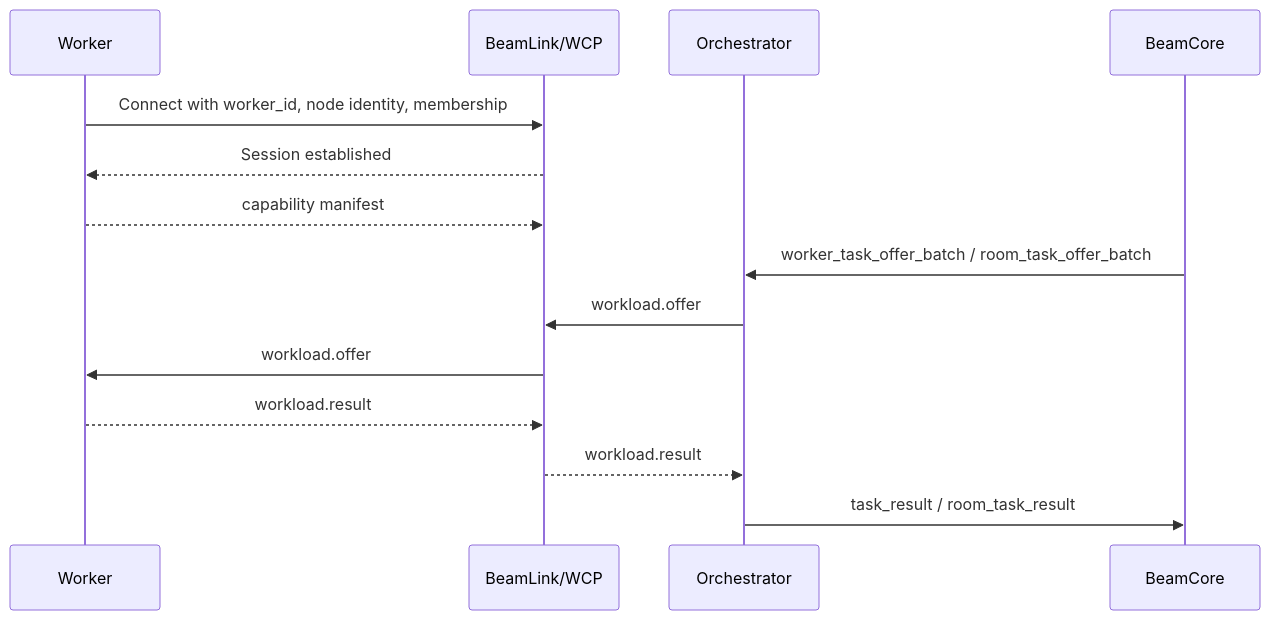
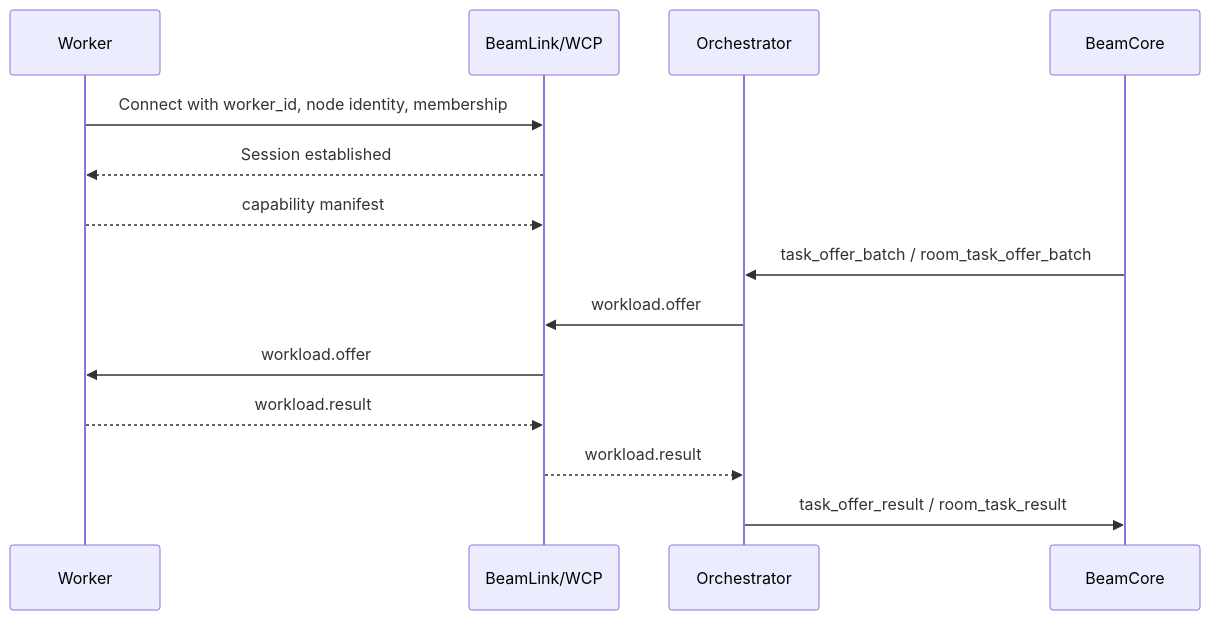
One commit to Beam-Network/beam changed the diagram in guide/workers.md. Above: the diagram before and after it, drawn with Mermaid. The commit also changed other lines of this file and 30 other files, not shown here.

First line of the commit message:
Refactor BeamCore task offer control flow

````diff
--- a/guide/workers.md
+++ b/guide/workers.md
@@ -31,17 +31,17 @@
 ```mermaid
 sequenceDiagram
     participant Worker
     participant WCP as BeamLink/WCP
     participant Orchestrator
     participant BeamCore
 
     Worker->>WCP: Connect with worker_id, node identity, membership
     WCP-->>Worker: Session established
     Worker-->>WCP: capability manifest
-    BeamCore->>Orchestrator: worker_task_offer_batch / room_task_offer_batch
+    BeamCore->>Orchestrator: task_offer_batch / room_task_offer_batch
     Orchestrator->>WCP: workload.offer
     WCP->>Worker: workload.offer
     Worker-->>WCP: workload.result
     WCP-->>Orchestrator: workload.result
-    Orchestrator->>BeamCore: task_result / room_task_result
+    Orchestrator->>BeamCore: task_offer_result / room_task_result
 ```
````
